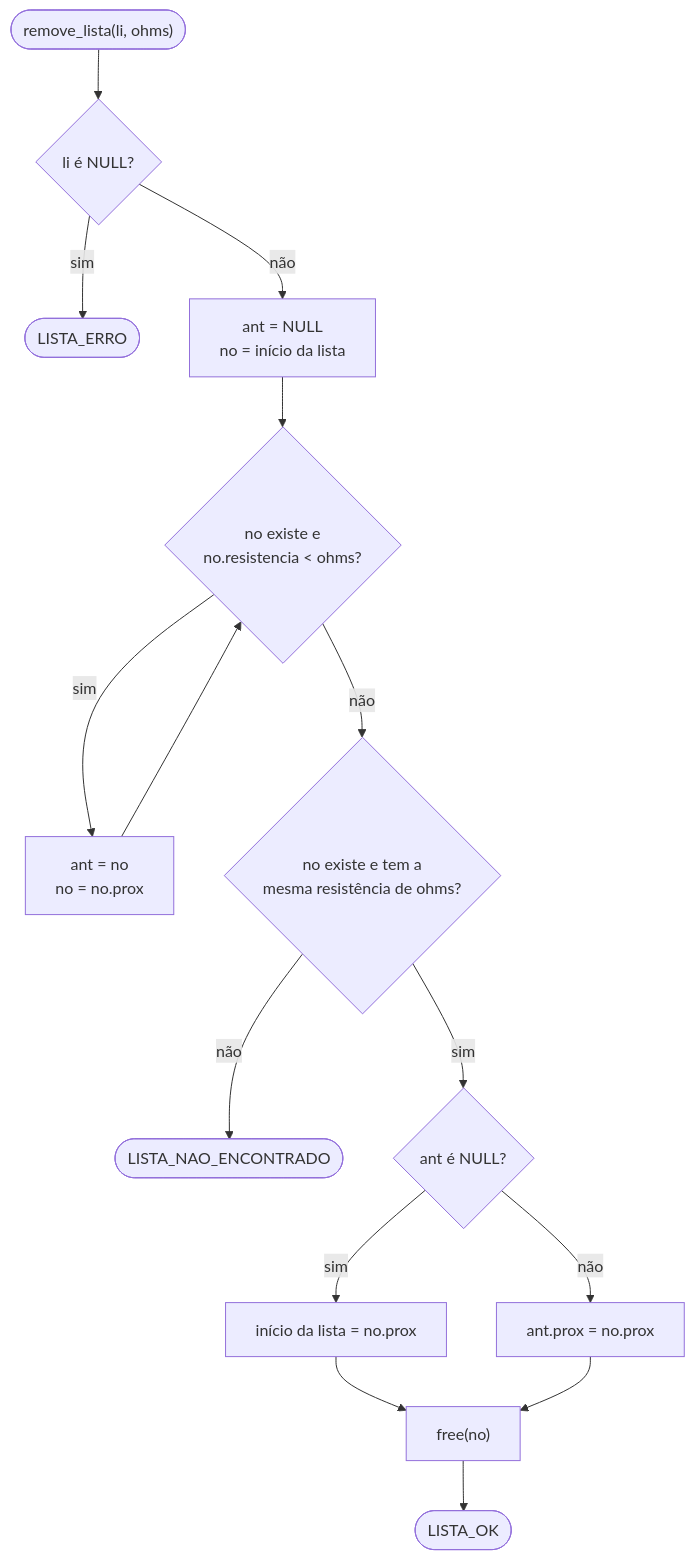
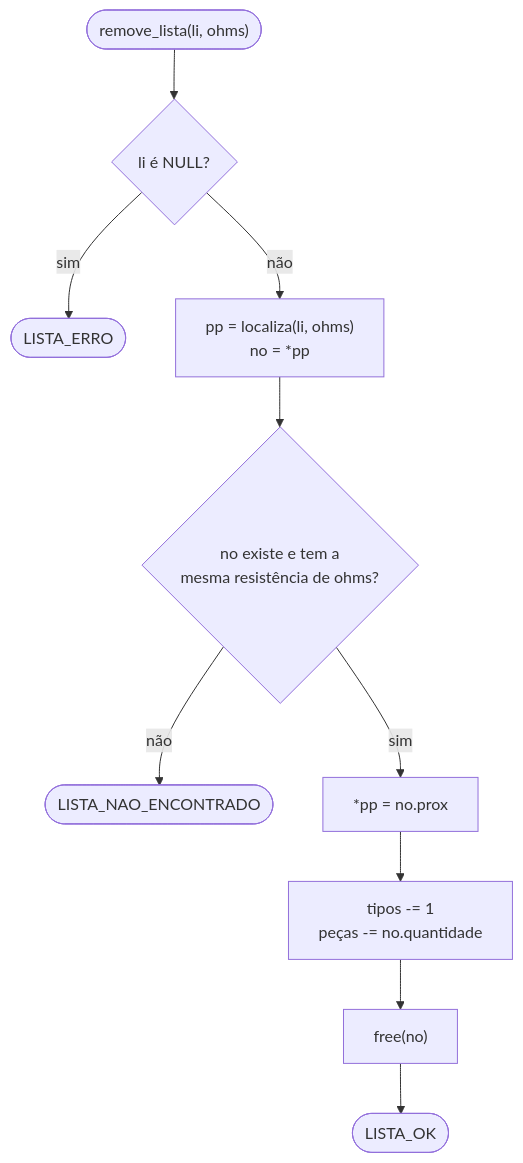
The fourth of 8 diagrams in README.md (0chambo/OhmFlow), drawn with Mermaid before and after one commit. The commit also changed other lines of this file and 8 other files, not shown here.

First line of the commit message:
refactor(lista): no descritor, localiza por ponteiro duplo e chave canonica

````diff
--- a/README.md
+++ b/README.md
@@ -135,17 +156,12 @@
 ```mermaid
 flowchart TD
     S(["remove_lista(li, ohms)"]) --> L{"li é NULL?"}
     L -- sim --> E0(["LISTA_ERRO"])
-    L -- não --> I["ant = NULL<br/>no = início da lista"]
-    I --> W{"no existe e<br/>no.resistencia < ohms?"}
-    W -- sim --> AV["ant = no<br/>no = no.prox"]
-    AV --> W
-    W -- não --> F{"no existe e tem a<br/>mesma resistência de ohms?"}
+    L -- não --> I["pp = localiza(li, ohms)<br/>no = *pp"]
+    I --> F{"no existe e tem a<br/>mesma resistência de ohms?"}
     F -- não --> E1(["LISTA_NAO_ENCONTRADO"])
-    F -- sim --> Q{"ant é NULL?"}
-    Q -- sim --> H["início da lista = no.prox"]
-    Q -- não --> T["ant.prox = no.prox"]
-    H --> FR["free(no)"]
-    T --> FR
+    F -- sim --> T["*pp = no.prox"]
+    T --> C["tipos -= 1<br/>peças -= no.quantidade"]
+    C --> FR["free(no)"]
     FR --> OK(["LISTA_OK"])
 ```
````
